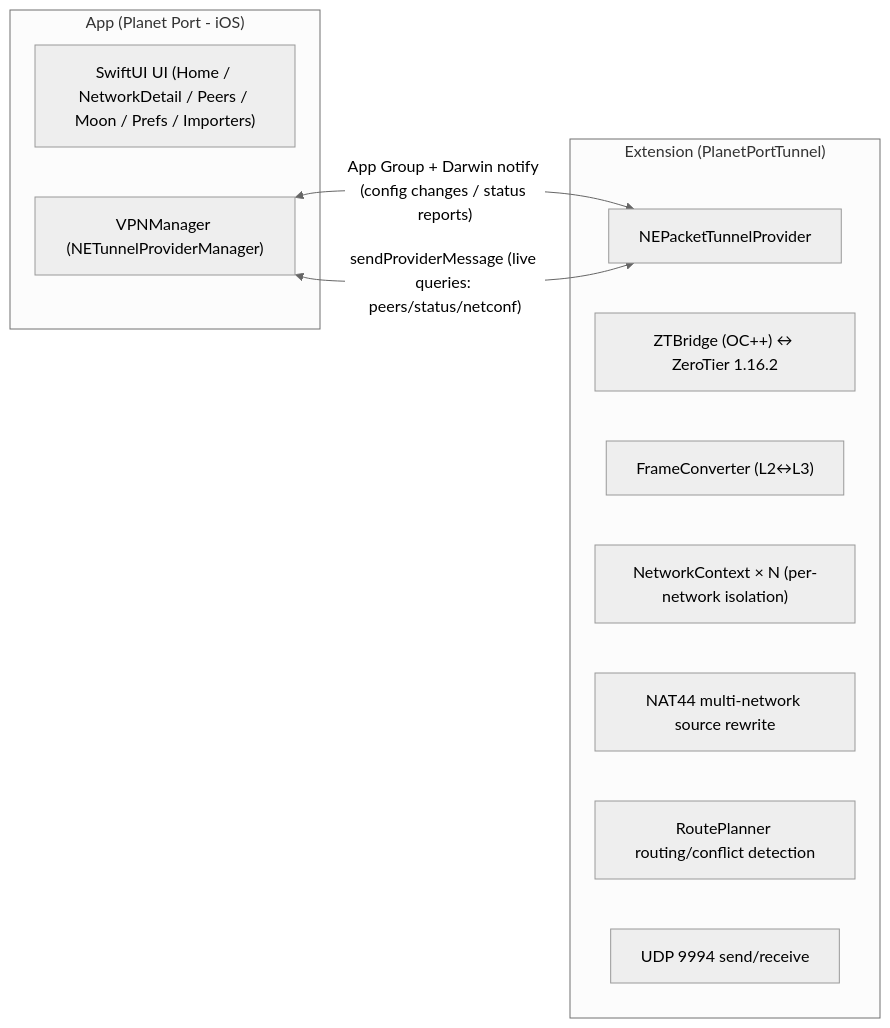
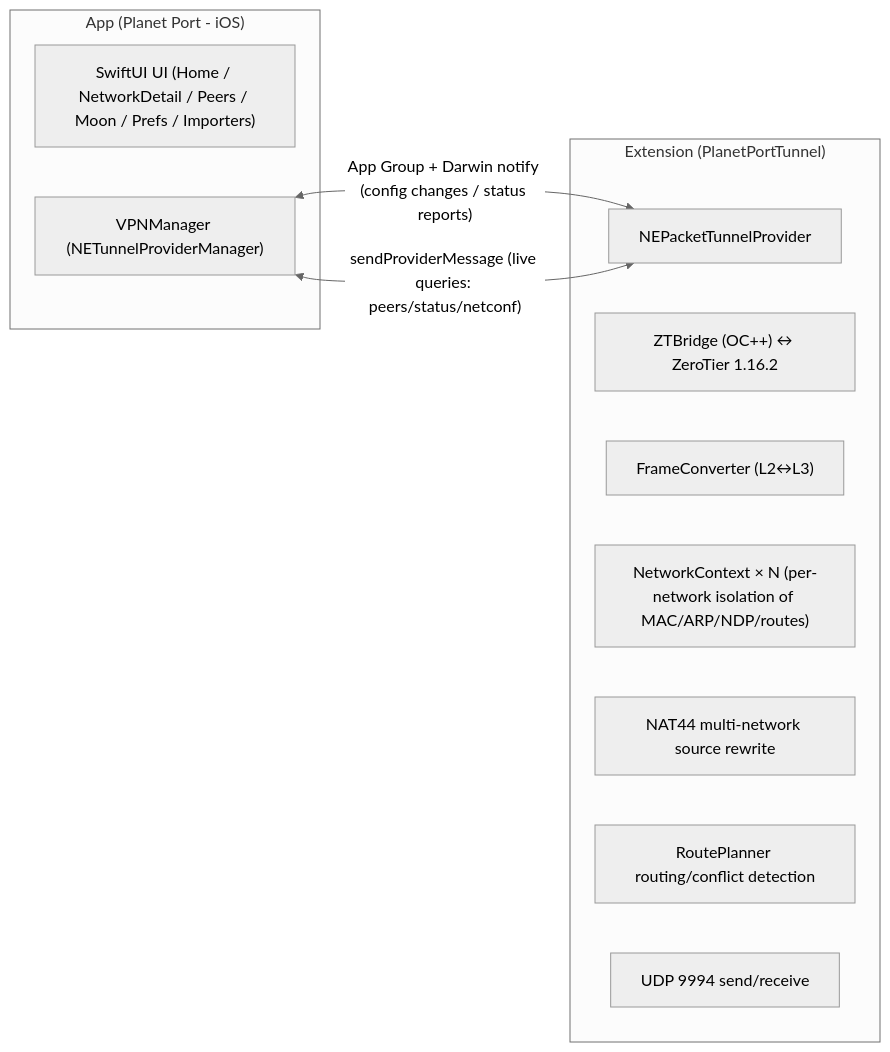
Before and after one commit to planet-port/planet-port-ios: the diagram in README.en.md, drawn with Mermaid (neutral theme). The commit also changed other lines of this file and 2 other files, not shown here.

````diff
--- a/README.en.md
+++ b/README.en.md
@@ -60,18 +104,18 @@
 ```mermaid
 flowchart LR
     subgraph App["App (Planet Port - iOS)"]
         UI["SwiftUI UI (Home / NetworkDetail / Peers / Moon / Prefs / Importers)"]
         VM["VPNManager (NETunnelProviderManager)"]
     end
     subgraph Ext["Extension (PlanetPortTunnel)"]
         PTP["NEPacketTunnelProvider"]
         ZTB["ZTBridge (OC++) ↔ ZeroTier 1.16.2"]
         FC["FrameConverter (L2↔L3)"]
-        NC["NetworkContext × N (per-network isolation)"]
+        NC["NetworkContext × N (per-network isolation of MAC/ARP/NDP/routes)"]
         NAT["NAT44 multi-network source rewrite"]
         RP["RoutePlanner routing/conflict detection"]
         SOCK["UDP 9994 send/receive"]
     end
     VM <-- "App Group + Darwin notify (config changes / status reports)" --> PTP
     VM <-- "sendProviderMessage (live queries: peers/status/netconf)" --> PTP
 ```
````
